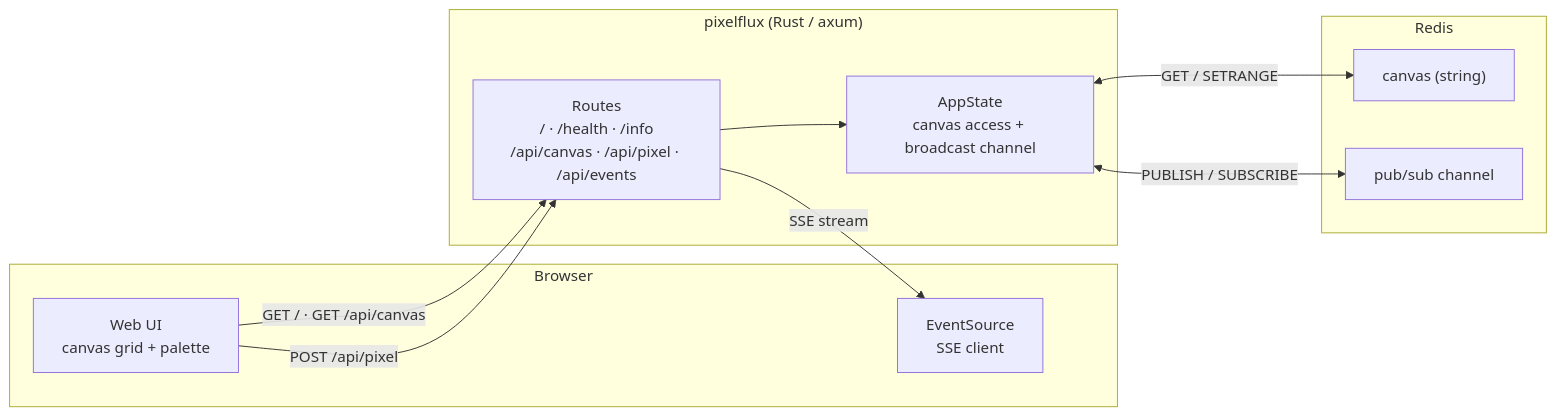
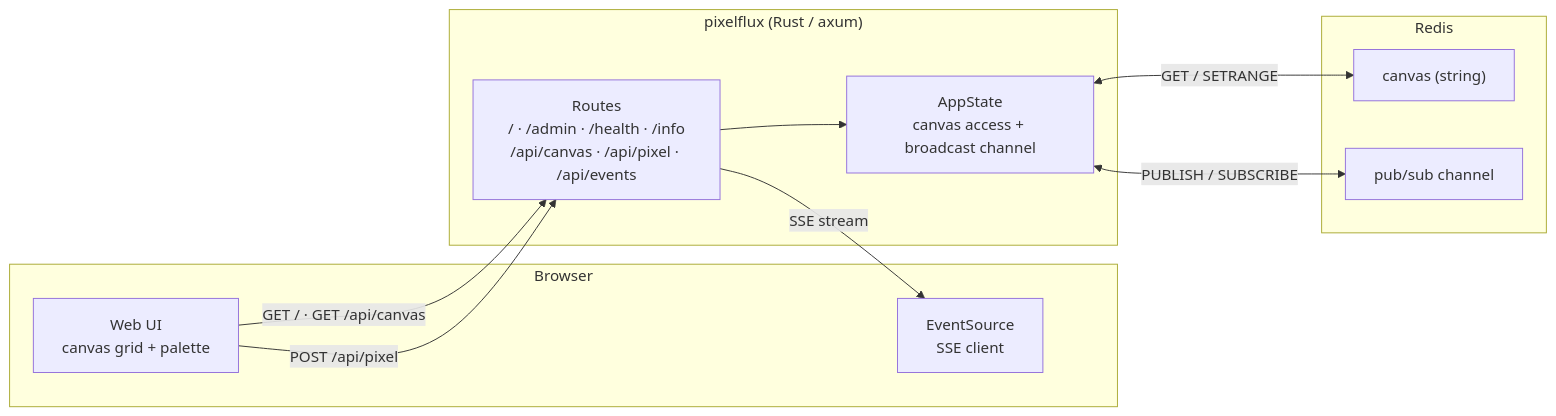
Before and after one commit to Vallsp/PixelFlux: the first of 4 diagrams in README.md, drawn with Mermaid. The commit also changed other lines of this file and 3 other files, not shown here.

Commit message:
docs: add admin panel slide and sync README architecture for v0.5.0

````diff
--- a/README.md
+++ b/README.md
@@ -36,24 +36,24 @@
 ```mermaid
 flowchart LR
     subgraph B["Browser"]
         UI["Web UI<br/>canvas grid + palette"]
         ES["EventSource<br/>SSE client"]
     end
 
     subgraph SRV["pixelflux (Rust / axum)"]
-        R["Routes<br/>/ &middot; /health &middot; /info<br/>/api/canvas &middot; /api/pixel &middot; /api/events"]
+        R["Routes<br/>/ &middot; /admin &middot; /health &middot; /info<br/>/api/canvas &middot; /api/pixel &middot; /api/events"]
         ST["AppState<br/>canvas access + broadcast channel"]
         R --> ST
     end
 
     subgraph RDS["Redis"]
         K["canvas (string)"]
         PS["pub/sub channel"]
     end
 
     UI -->|GET / &middot; GET /api/canvas| R
     UI -->|POST /api/pixel| R
     R -->|SSE stream| ES
     ST <-->|GET / SETRANGE| K
     ST <-->|PUBLISH / SUBSCRIBE| PS
 ```
````
